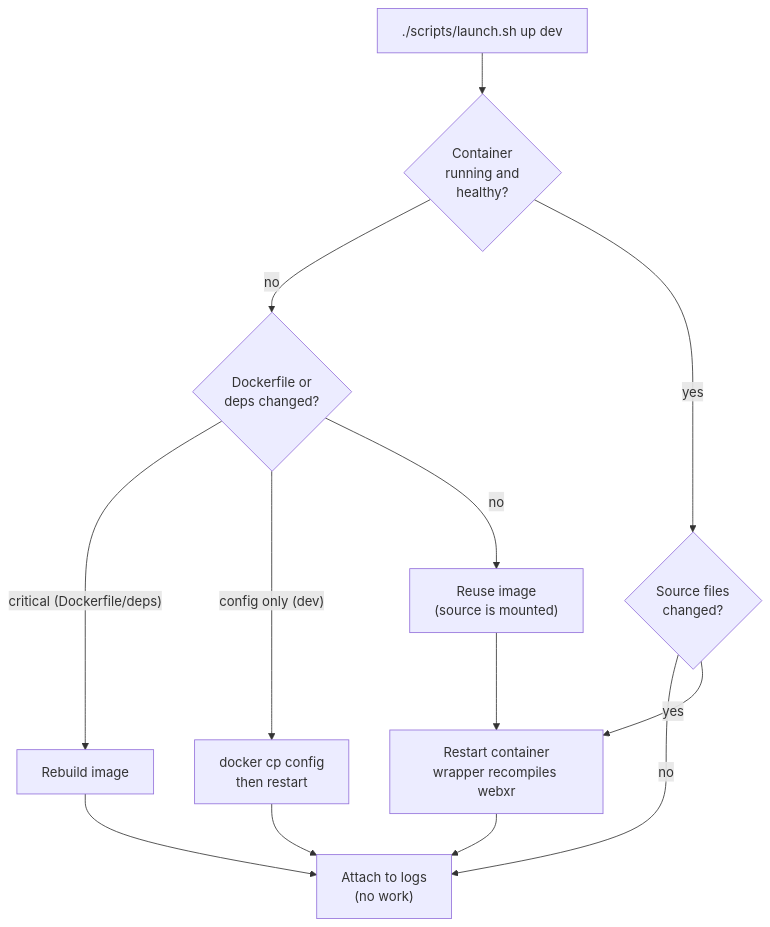
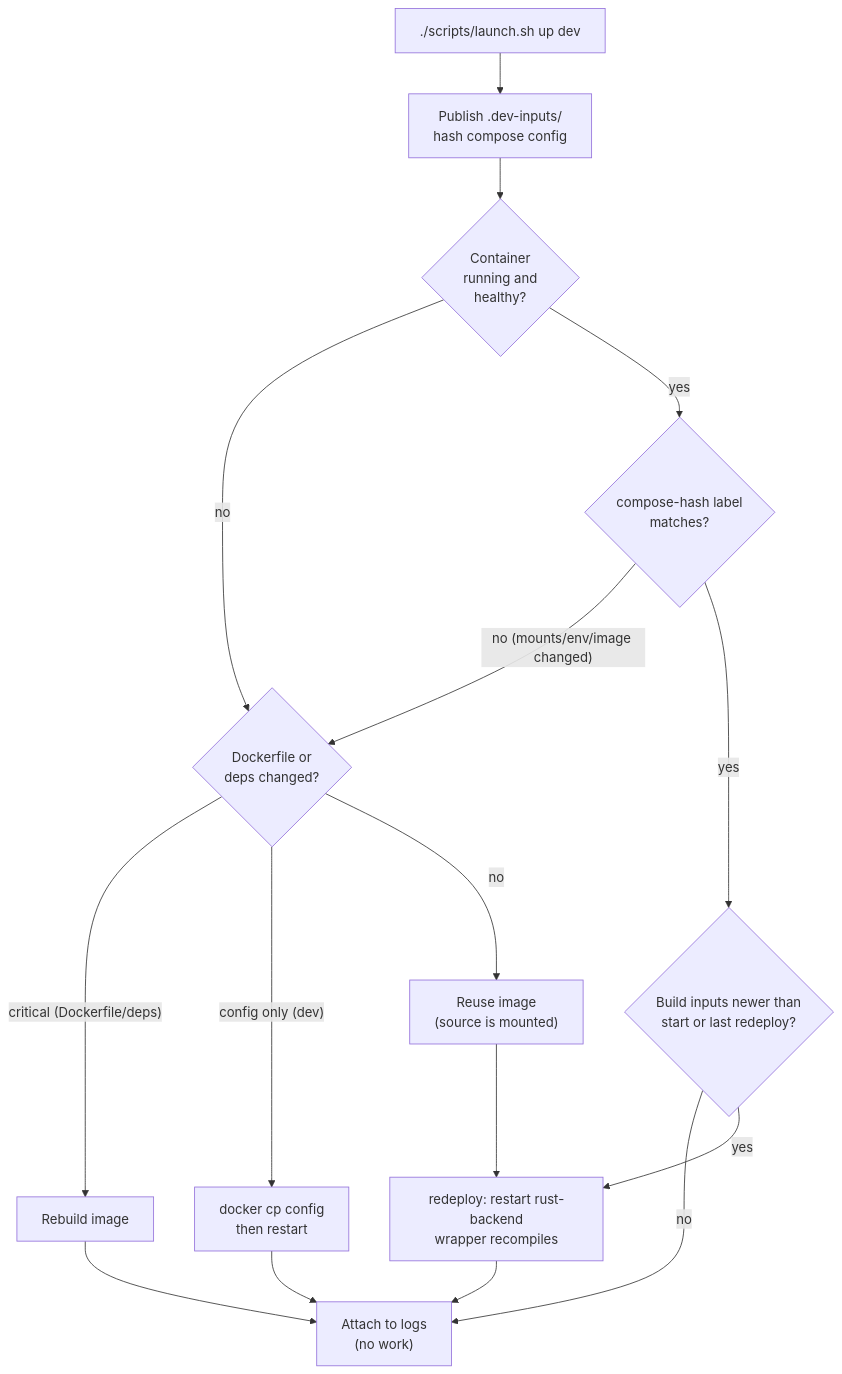
One commit to DreamLab-AI/VisionClaw changed the diagram in docs/reference/cli.md. Above: the diagram before and after it, drawn with Mermaid. The commit also changed other lines of this file and 17 other files, not shown here.

````diff
--- a/docs/reference/cli.md
+++ b/docs/reference/cli.md
@@ -209,15 +212,18 @@
 ```mermaid
 flowchart TD
-    Start["./scripts/launch.sh up dev"] --> Running{"Container<br/>running and<br/>healthy?"}
+    Start["./scripts/launch.sh up dev"] --> Publish["Publish .dev-inputs/<br/>hash compose config"]
+    Publish --> Running{"Container<br/>running and<br/>healthy?"}
     Running -->|no| ImgCheck{"Dockerfile or<br/>deps changed?"}
-    Running -->|yes| SrcCheck{"Source files<br/>changed?"}
+    Running -->|yes| Drift{"compose-hash label<br/>matches?"}
+    Drift -->|"no (mounts/env/image changed)"| ImgCheck
+    Drift -->|yes| SrcCheck{"Build inputs newer than<br/>start or last redeploy?"}
     SrcCheck -->|no| Tail["Attach to logs<br/>(no work)"]
-    SrcCheck -->|yes| Restart["Restart container<br/>wrapper recompiles webxr"]
+    SrcCheck -->|yes| Restart["redeploy: restart rust-backend<br/>wrapper recompiles"]
     ImgCheck -->|"critical (Dockerfile/deps)"| Rebuild["Rebuild image"]
     ImgCheck -->|"config only (dev)"| Hotpatch["docker cp config<br/>then restart"]
     ImgCheck -->|no| Reuse["Reuse image<br/>(source is mounted)"]
     Rebuild --> Tail
     Hotpatch --> Tail
     Reuse --> Restart
     Restart --> Tail
 ```
````
